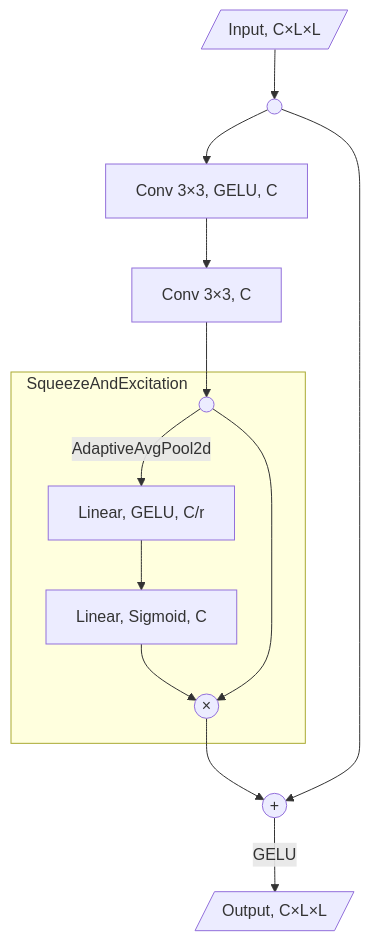
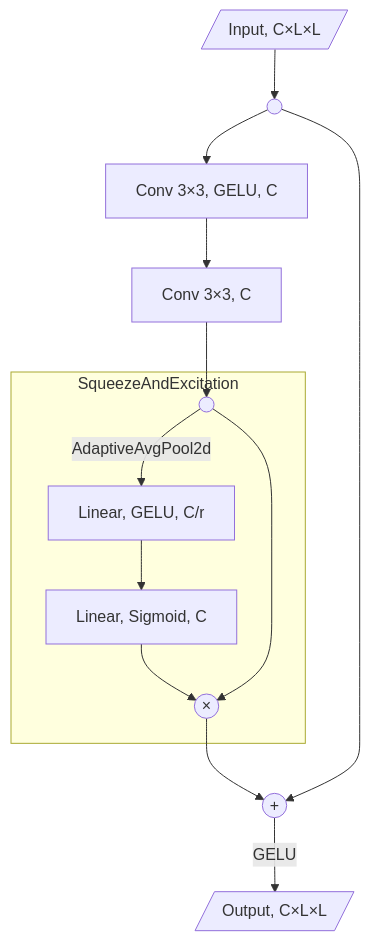
One commit to sgoodfriend/rl-algo-impls changed the first of 3 diagrams in rl_algo_impls/microrts/technical-description.md. Above: the diagram before and after it, drawn with Mermaid. The commit also changed other lines of this file and 1 other file, not shown here.

````diff
--- a/rl_algo_impls/microrts/technical-description.md
+++ b/rl_algo_impls/microrts/technical-description.md
@@ -87,27 +50,27 @@
 ```mermaid
 graph TD
   Input[/"Input, C×L×L"/]
 	Split1((" "))
 	Conv1["Conv 3×3, GELU, C"]
 	Conv2["Conv 3×3, C"]
-	subgraph SqueezeExcitation["SqueezeAndExcitation&nbsp&nbsp&nbsp&nbsp&nbsp&nbsp&nbsp&nbsp&nbsp&nbsp&nbsp&nbsp&nbsp&nbsp&nbsp&nbsp&nbsp&nbsp&nbsp&nbsp&nbsp&nbsp&nbsp"]
+	subgraph SqueezeExcitation["SqueezeAndExcitation"]
 		Split2((" "))
 		Linear1["Linear, GELU, C/r"]
 		Linear2["Linear, Sigmoid, C"]
 		Mult(("×"))
 	end
 	Add(("+"))
 	Output[/"Output, C×L×L"/]
 
 	Input --> Split1
 	Split1 --> Conv1
 	Conv1 --> Conv2
 	Conv2 --> Split2
 	Split2 -- "AdaptiveAvgPool2d" --> Linear1
 	Linear1 --> Linear2
 	Linear2 --> Mult
 	Split2 --> Mult
 	Mult --> Add
 	Split1 --> Add
 	Add -- GELU --> Output
 ```
````
